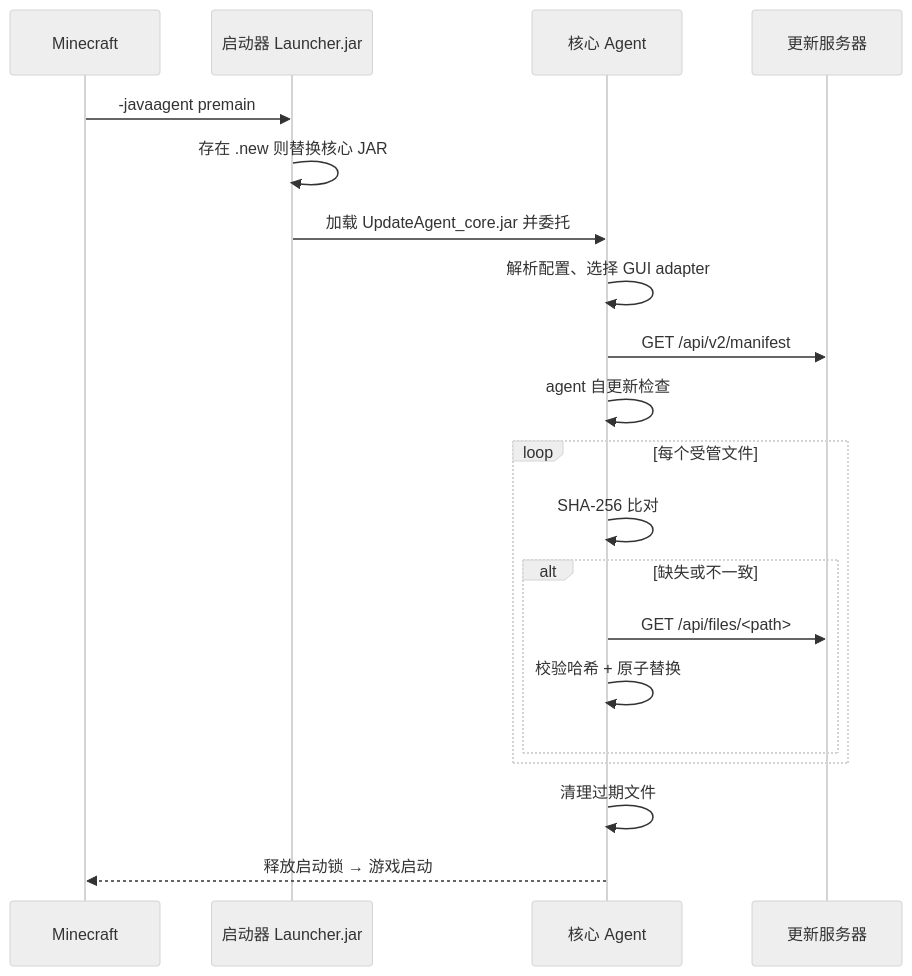
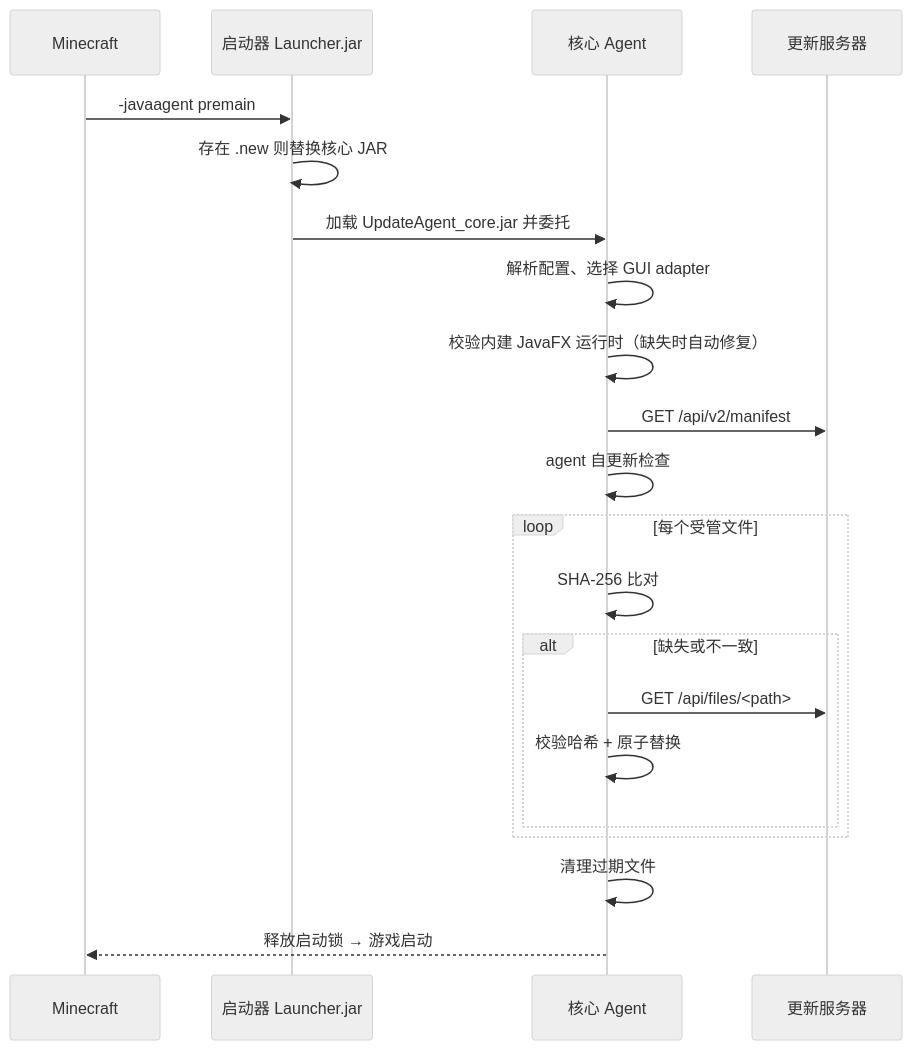
Before and after one commit to Zack88604/minecraft-server-updater-for656: the diagram in README_CN.md, drawn with Mermaid (neutral theme). The commit also changed other lines of this file and 5 other files, not shown here.

````diff
--- a/README_CN.md
+++ b/README_CN.md
@@ -32,22 +51,23 @@
 ```mermaid
 sequenceDiagram
     participant MC as Minecraft
     participant L as 启动器 Launcher.jar
     participant A as 核心 Agent
     participant S as 更新服务器
     MC->>L: -javaagent premain
     L->>L: 存在 .new 则替换核心 JAR
     L->>A: 加载 UpdateAgent_core.jar 并委托
     A->>A: 解析配置、选择 GUI adapter
+    A->>A: 校验内建 JavaFX 运行时（缺失时自动修复）
     A->>S: GET /api/v2/manifest
     A->>A: agent 自更新检查
     loop 每个受管文件
         A->>A: SHA-256 比对
         alt 缺失或不一致
             A->>S: GET /api/files/<path>
             A->>A: 校验哈希 + 原子替换
         end
     end
     A->>A: 清理过期文件
     A-->>MC: 释放启动锁 → 游戏启动
 ```
````
